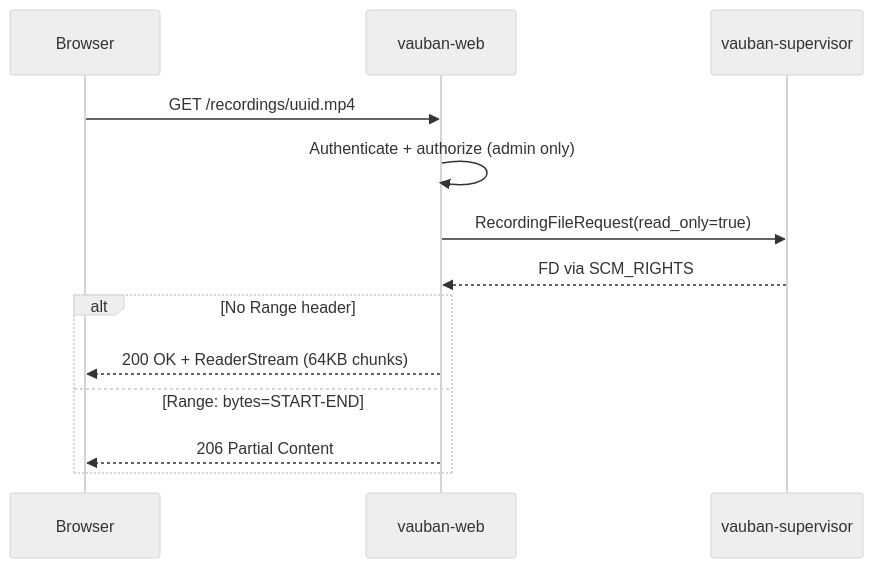
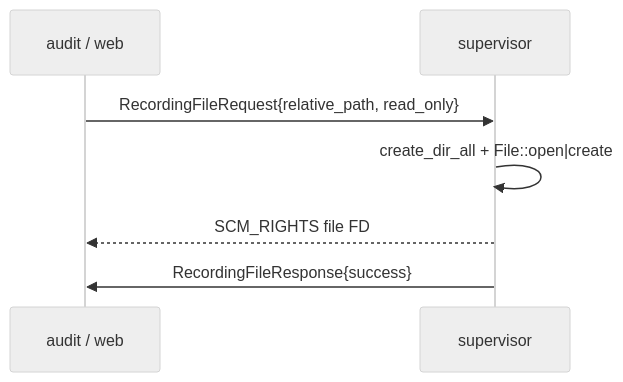
Before and after one commit to rbenaley/Vauban: the eighth of 9 diagrams in docs/technical/Vauban_Recording_Architecture_EN(1.5).md, drawn with Mermaid (neutral theme). The commit also changed other lines of this file, not shown here.

Commit message:
docs(recording): rewrite v1.5 as a tighter architecture-focused reference Move the changelog to an appendix and drop historical / operational noise.

````diff
--- a/docs/technical/Vauban_Recording_Architecture_EN(1.5).md
+++ b/docs/technical/Vauban_Recording_Architecture_EN(1.5).md
@@ -1522,17 +598,9 @@
 ```mermaid
 sequenceDiagram
-    participant B as Browser
-    participant W as vauban-web
-    participant S as vauban-supervisor
-
-    B->>W: GET /recordings/uuid.mp4
-    W->>W: Authenticate + authorize (admin only)
-    W->>S: RecordingFileRequest(read_only=true)
-    S-->>W: FD via SCM_RIGHTS
-
-    alt No Range header
-        W-->>B: 200 OK + ReaderStream (64KB chunks)
-    else Range: bytes=START-END
-        W-->>B: 206 Partial Content
-    end
+    participant Caller as audit / web
+    participant Sup as supervisor
+    Caller->>Sup: RecordingFileRequest{relative_path, read_only}
+    Sup->>Sup: create_dir_all + File::open|create
+    Sup-->>Caller: SCM_RIGHTS file FD
+    Sup->>Caller: RecordingFileResponse{success}
 ```
````
